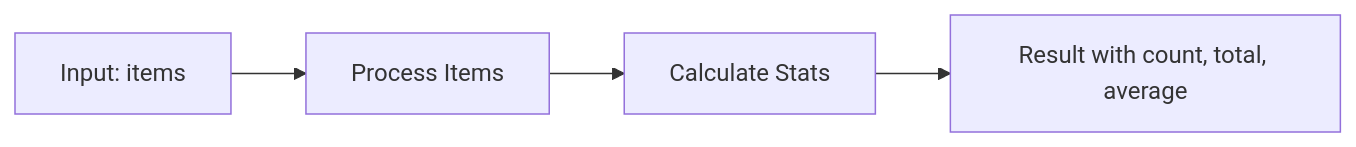
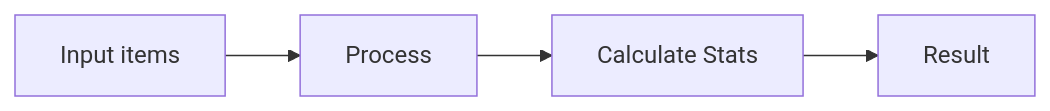
Before and after one commit to wisrovi/wpipe: the first of 5 diagrams in examples/api_pipeline/03_no_api/README.md, drawn with Mermaid. The commit also changed other lines of this file and 20 other files, not shown here.

First line of the commit message:
Simplify Mermaid diagrams for better rendering

````diff
--- a/examples/api_pipeline/03_no_api/README.md
+++ b/examples/api_pipeline/03_no_api/README.md
@@ -15,6 +15,6 @@
 ```mermaid
 graph LR
-    A[Input: items] --> B[Process Items]
+    A[Input items] --> B[Process]
     B --> C[Calculate Stats]
-    C --> D[Result with count, total, average]
+    C --> D[Result]
 ```
````
